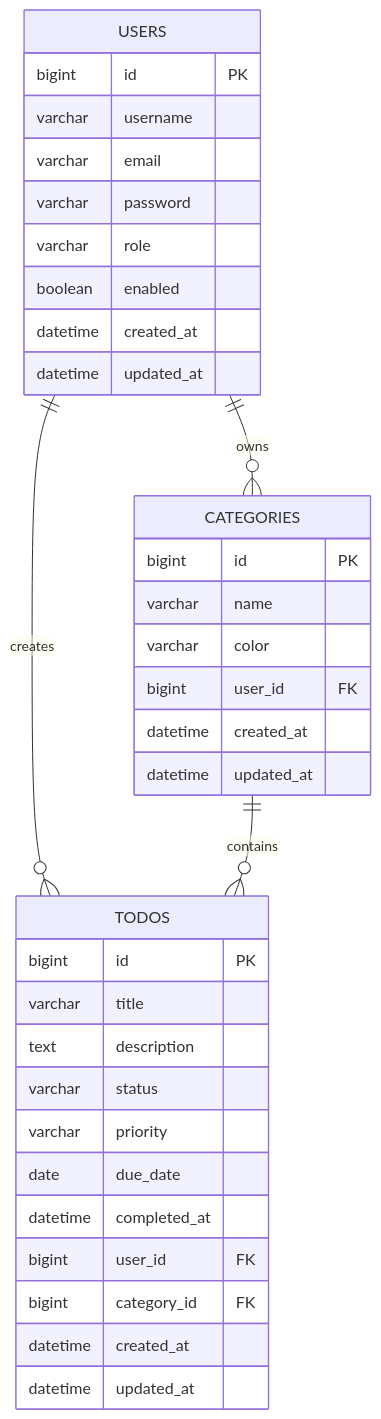
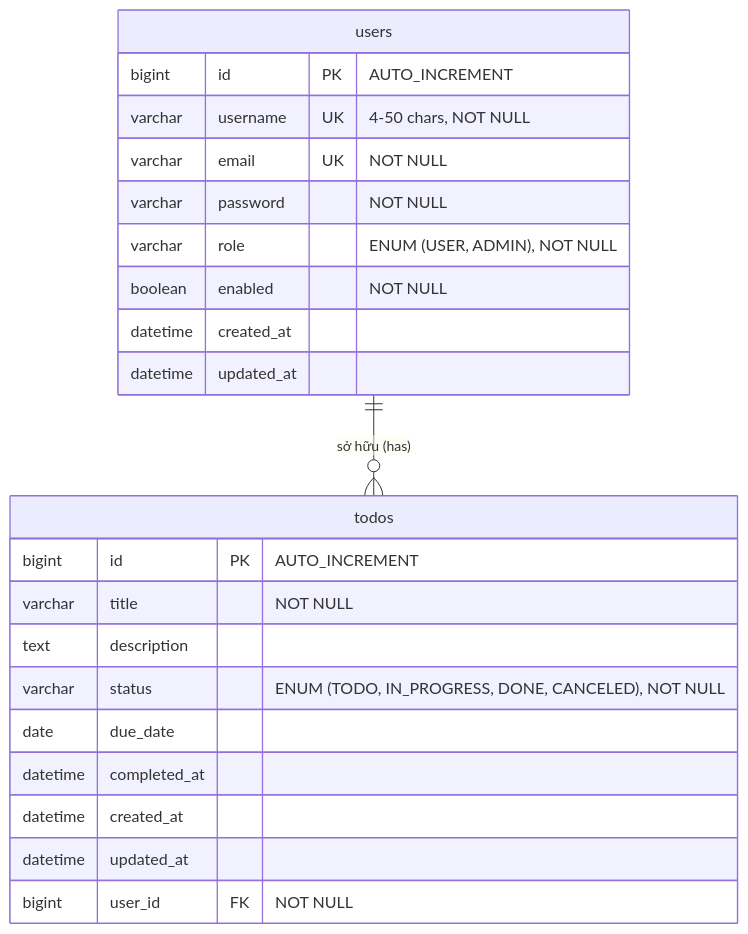
Before and after one commit to nhandndev/to-do-api: the first of 2 diagrams in README.md, drawn with Mermaid. The commit also changed other lines of this file and 17 other files, not shown here.

````diff
--- a/README.md
+++ b/README.md
@@ -525,40 +75,25 @@
 ```mermaid
 erDiagram
-    USERS ||--o{ TODOS : "creates"
-    USERS ||--o{ CATEGORIES : "owns"
-    CATEGORIES ||--o{ TODOS : "contains"
-
-    USERS {
-        bigint id PK
-        varchar username
-        varchar email
-        varchar password
-        varchar role
-        boolean enabled
+    users {
+        bigint id PK "AUTO_INCREMENT"
+        varchar username UK "4-50 chars, NOT NULL"
+        varchar email UK "NOT NULL"
+        varchar password "NOT NULL"
+        varchar role "ENUM (USER, ADMIN), NOT NULL"
+        boolean enabled "NOT NULL"
         datetime created_at
         datetime updated_at
     }
-
-    CATEGORIES {
-        bigint id PK
-        varchar name
-        varchar color
-        bigint user_id FK
+    todos {
+        bigint id PK "AUTO_INCREMENT"
+        varchar title "NOT NULL"
+        text description
+        varchar status "ENUM (TODO, IN_PROGRESS, DONE, CANCELED), NOT NULL"
+        date due_date
+        datetime completed_at
         datetime created_at
         datetime updated_at
+        bigint user_id FK "NOT NULL"
     }
-
-    TODOS {
-        bigint id PK
-        varchar title
-        text description
-        varchar status
-        varchar priority
-        date due_date
-        datetime completed_at
-        bigint user_id FK
-        bigint category_id FK
-        datetime created_at
-        datetime updated_at
-    }
+    users ||--o{ todos : "sở hữu (has)"
 ```
````
